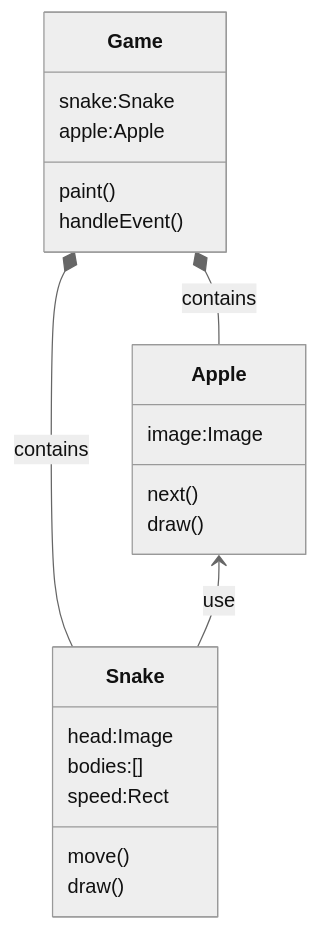
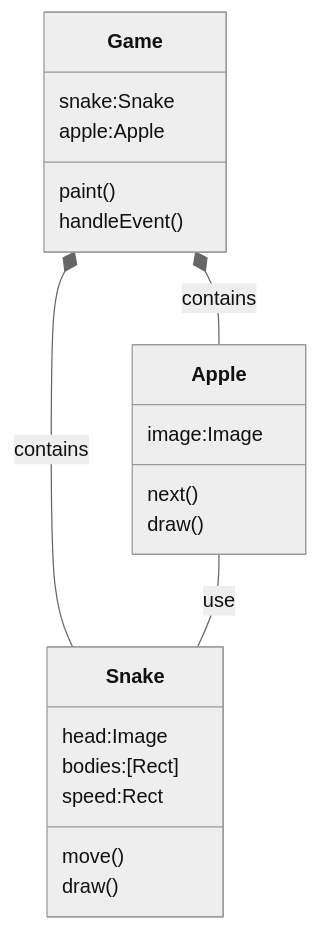
One commit to jwang1122/pygame changed the diagram in snake/doc/snake.md. Above: the diagram before and after it, drawn with Mermaid (neutral theme). The commit also changed other lines of this file and 52 other files, not shown here.

````diff
--- a/snake/doc/snake.md
+++ b/snake/doc/snake.md
@@ -16,28 +23,28 @@
 ```mermaid
 classDiagram
 
 class Snake{
     head:Image
-    bodies:[]
+    bodies:[Rect]
     speed:Rect
     move()
     draw()
 }
 
 class Apple{
     image:Image
     next()
     draw()
 }
 
 class Game{
     snake:Snake
     apple:Apple
     paint()
     handleEvent()
 }
 
 Game *-- Snake:contains
 Game *-- Apple:contains
-Apple <-- Snake:use
+Apple -- Snake:use
 ```
````
